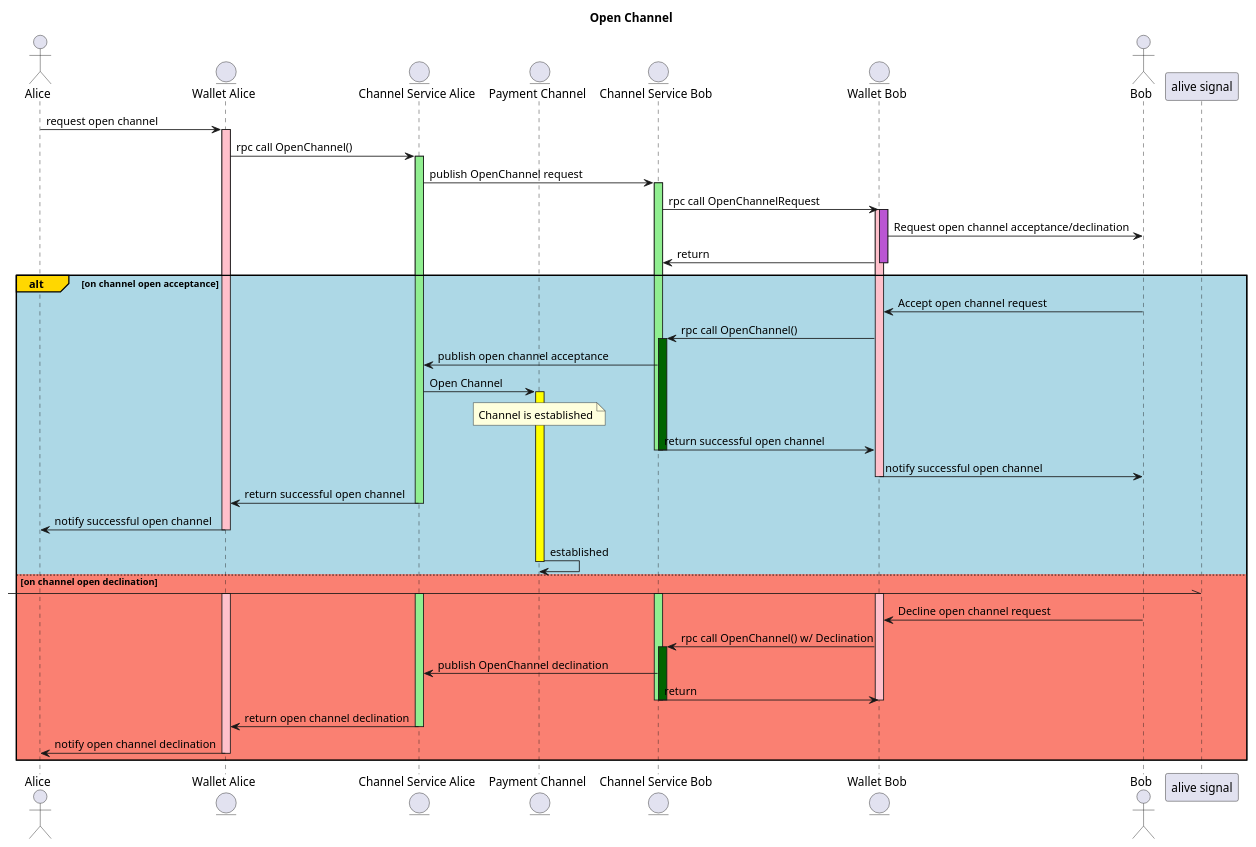
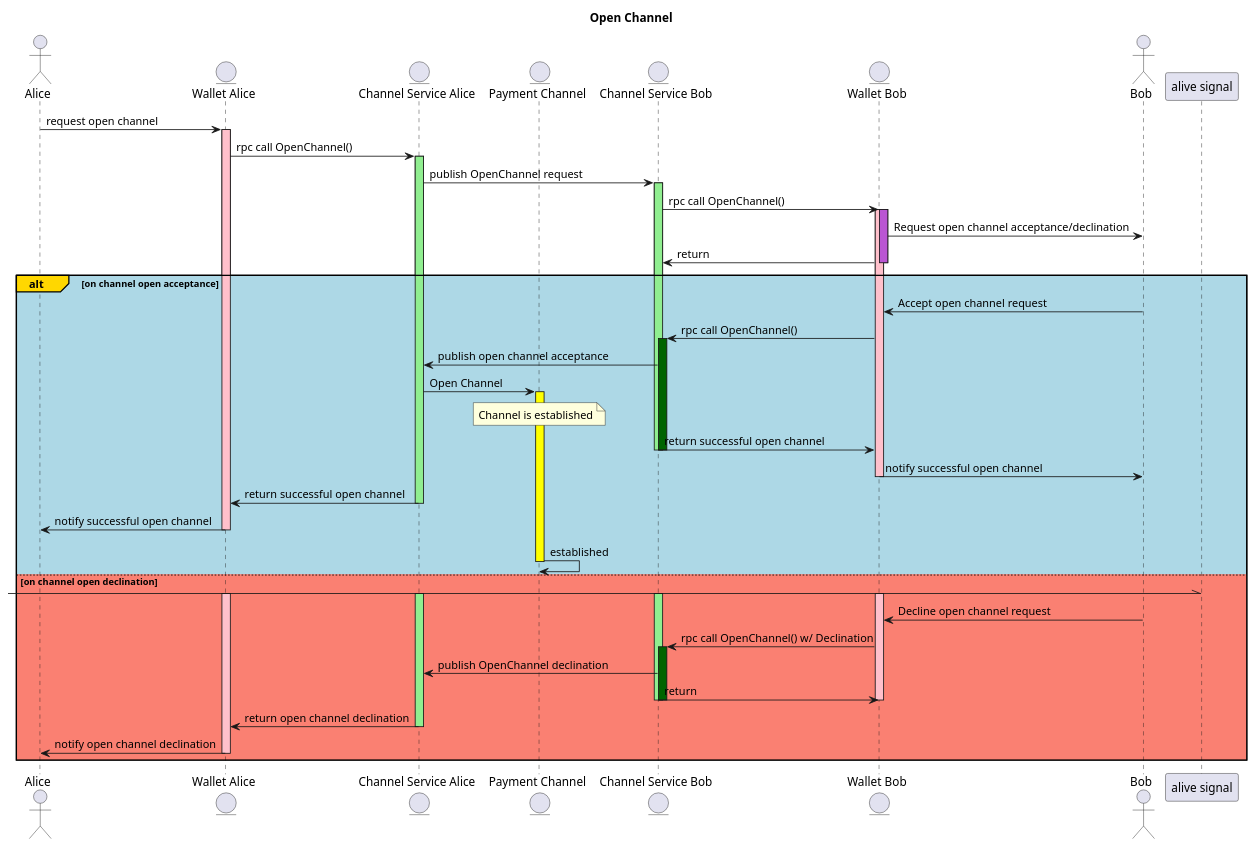
The diagram in src/sequence-open.pu (perun-network/perun-wallet-spec), drawn with PlantUML before and after one commit. The commit also changed 2 other files, not shown here.

Commit message:
sequence: Adjust rpc call naming

```diff
--- a/src/sequence-open.pu
+++ b/src/sequence-open.pu
@@ -1,63 +1,63 @@
 @startuml
 actor Alice as A
 entity "Wallet Alice" as WA
 entity "Channel Service Alice" as CSA
 entity "Payment Channel" as PC
 entity "Channel Service Bob" as CSB
 entity "Wallet Bob" as WB
 actor Bob as B
 
 title Open Channel
 
 A -> WA : request open channel
 activate WA #pink
 WA -> CSA : rpc call OpenChannel()
 activate CSA #lightgreen
 CSA -> CSB : publish OpenChannel request
 activate CSB #lightgreen
-CSB -> WB : rpc call OpenChannelRequest
+CSB -> WB : rpc call OpenChannel()
 activate WB #pink
 activate WB #mediumorchid
 WB -> B : Request open channel acceptance/declination
 WB -> CSB : return
 deactivate WB
 alt#gold #lightblue on channel open acceptance
   B -> WB : Accept open channel request
   WB -> CSB : rpc call OpenChannel()
   activate CSB #darkgreen
   CSB -> CSA : publish open channel acceptance
   CSA -> PC : Open Channel
   activate PC #yellow
   note over PC: Channel is established
   CSB -> WB : return successful open channel
   deactivate CSB
   deactivate CSB
   WB -> B : notify successful open channel
   deactivate WB
   CSA -> WA : return successful open channel
   deactivate CSA
   WA -> A : notify successful open channel
   deactivate WA
   PC -> PC : established
   deactivate PC
 else #salmon on channel open declination
   [-\\ "alive signal"
   activate CSA #lightgreen
   activate CSB #lightgreen
   activate WB #pink
   activate WA #pink
   B -> WB : Decline open channel request
   WB -> CSB : rpc call OpenChannel() w/ Declination
   activate CSB #darkgreen
   CSB -> CSA : publish OpenChannel declination
   CSB -> WB : return
   deactivate CSB
   deactivate CSB
   deactivate WB
   CSA -> WA : return open channel declination
   deactivate CSA
   WA -> A : notify open channel declination
   deactivate WA
 end
 
 @enduml
```
